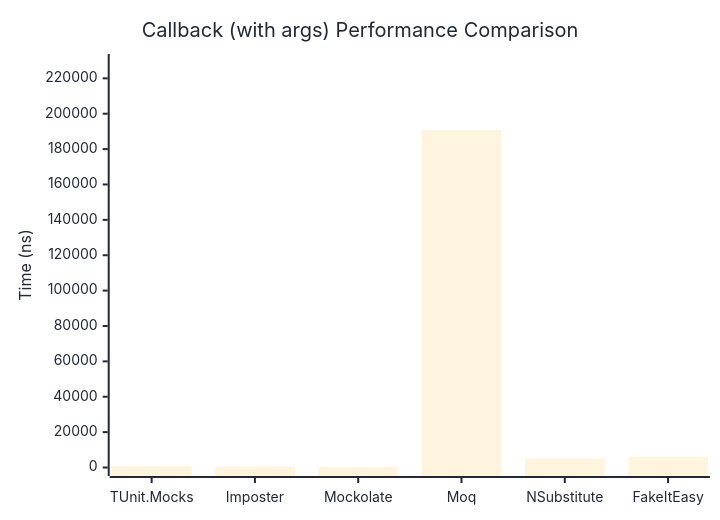
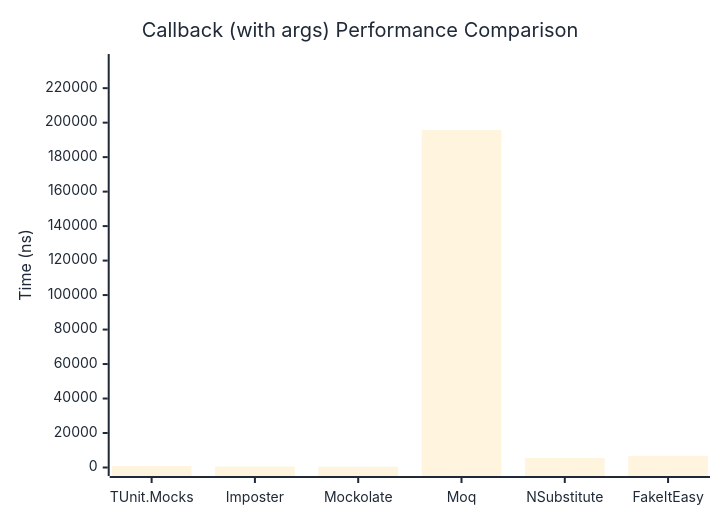
The second of 2 diagrams in docs/docs/benchmarks/mocks/Callback.md (thomhurst/TUnit), drawn with Mermaid before and after one commit. The commit also changed other lines of this file and 14 other files, not shown here.

````diff
--- a/docs/docs/benchmarks/mocks/Callback.md
+++ b/docs/docs/benchmarks/mocks/Callback.md
@@ -71,27 +71,27 @@
 ```mermaid
 %%{init: {
   'theme':'base',
   'themeVariables': {
     'primaryColor': '#2563eb',
     'primaryTextColor': '#1f2937',
     'primaryBorderColor': '#1e40af',
     'lineColor': '#6b7280',
     'secondaryColor': '#7c3aed',
     'tertiaryColor': '#dc2626',
     'background': '#ffffff',
     'pie1': '#2563eb',
     'pie2': '#7c3aed',
     'pie3': '#dc2626',
     'pie4': '#f59e0b',
     'pie5': '#10b981',
     'pie6': '#06b6d4',
     'pie7': '#ec4899',
     'pie8': '#6366f1'
   }
 }}%%
 xychart-beta
   title "Callback (with args) Performance Comparison"
   x-axis ["TUnit.Mocks", "Imposter", "Mockolate", "Moq", "NSubstitute", "FakeItEasy"]
-  y-axis "Time (ns)" 0 --> 228949
-  bar [784.9, 495.9, 383.6, 190790.2, 5022.2, 6115.9]
+  y-axis "Time (ns)" 0 --> 234884
+  bar [853.4, 574.4, 438.9, 195736.3, 5515.9, 6791.3]
 ```
````
